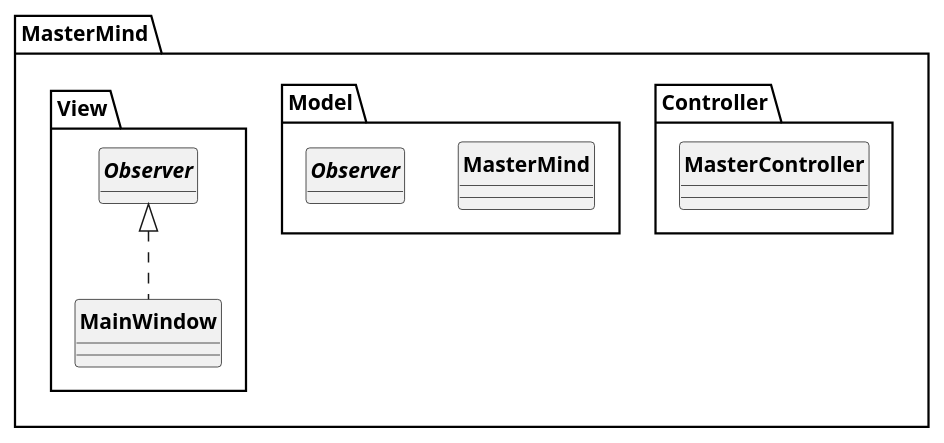
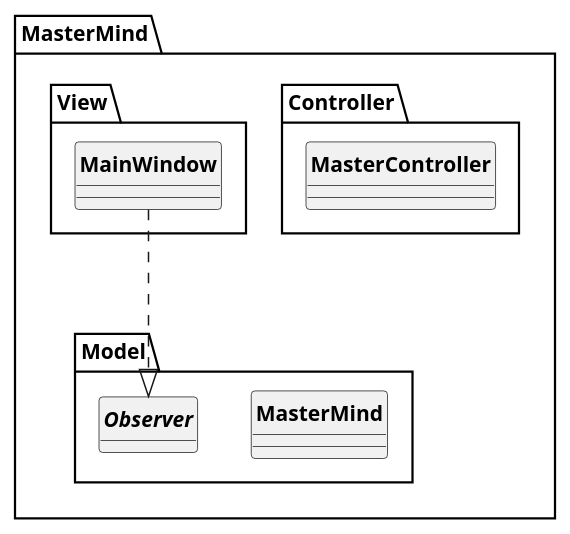
Before and after one commit to dbrunstein/a31-mastermind-java: the diagram in MasterMind/src/UML/MasterMind.puml, drawn with PlantUML. The commit also changed 1 other file, not shown here.

```diff
--- a/MasterMind/src/UML/MasterMind.puml
+++ b/MasterMind/src/UML/MasterMind.puml
@@ -1,31 +1,31 @@
 @startuml
 'https://plantuml.com/class-diagram
 skinparam style strictuml
 skinparam classAttributeIconSize 0
 skinparam classFontStyle Bold
 hide enum methods
 hide interface attributes
 
 package MasterMind{
 
     package Controller{
         class MasterController{
 
         }
     }
     package Model {
         class MasterMind{
 
         }
         interface Observer{
         }
     }
     package View {
-        class MainWindow Implements Observer{
+        class MainWindow {
 
         }
     }
 }
-
+MainWindow ...|> Observer
 
 @enduml
```
